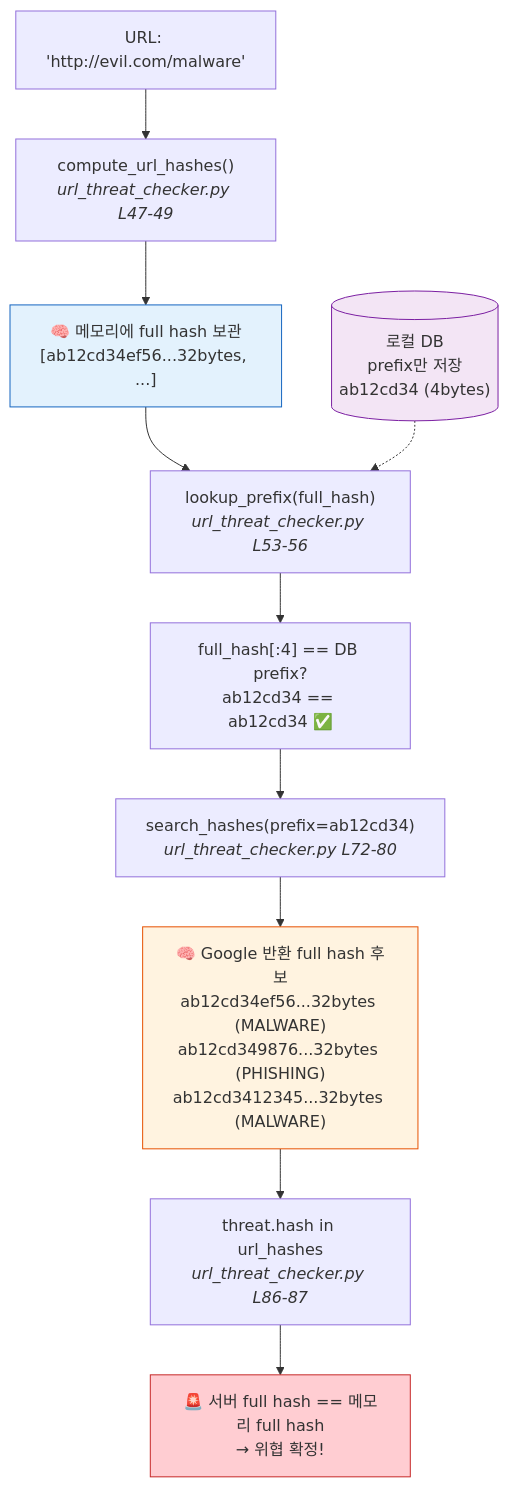
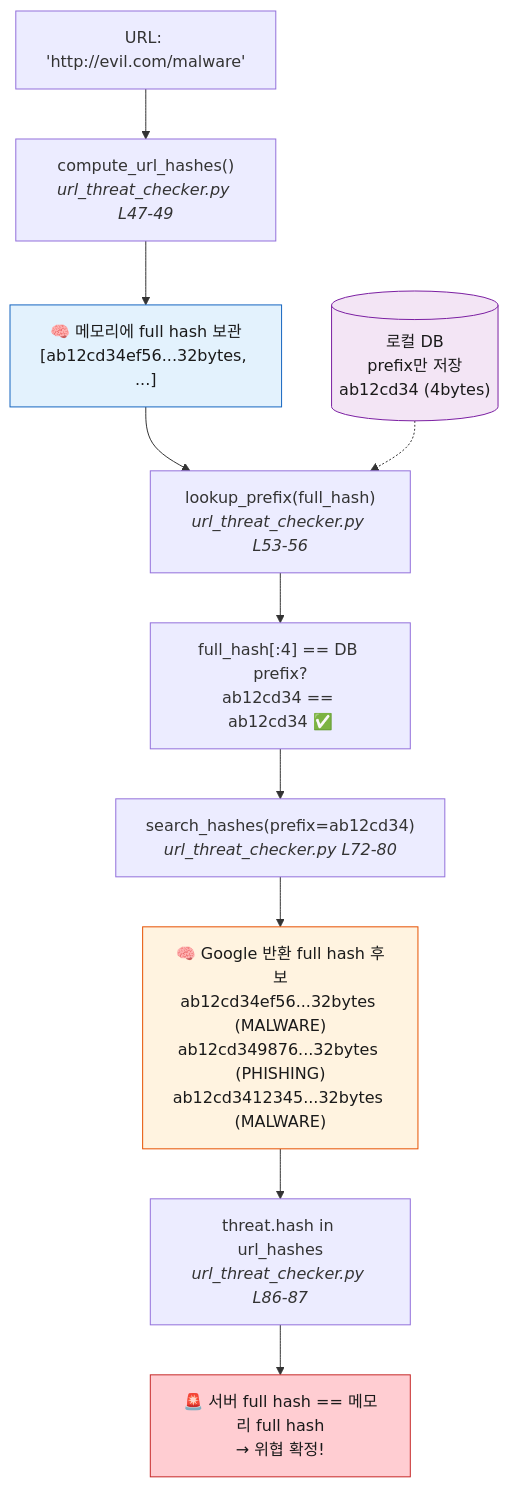
Before and after one commit to kataroya/web-risk-cli: the fourth of 9 diagrams in WORKFLOW_GUIDE.md, drawn with Mermaid. The commit also changed other lines of this file, not shown here.

````diff
--- a/WORKFLOW_GUIDE.md
+++ b/WORKFLOW_GUIDE.md
@@ -352,19 +379,19 @@
 ```mermaid
 flowchart TD
     URL["URL: 'http://evil.com/malware'"] --> CALC["compute_url_hashes()<br/><i>url_threat_checker.py L47-49</i>"]
     CALC --> MEM_FULL["🧠 메모리에 full hash 보관<br/>[ab12cd34ef56...32bytes, ...]"]
     MEM_FULL --> LOCAL["lookup_prefix(full_hash)<br/><i>url_threat_checker.py L53-56</i>"]
     LOCAL --> CMP1["full_hash[:4] == DB prefix?<br/>ab12cd34 == ab12cd34 ✅"]
     CMP1 --> API["search_hashes(prefix=ab12cd34)<br/><i>url_threat_checker.py L72-80</i>"]
     API --> SERVER["🧠 Google 반환 full hash 후보<br/>ab12cd34ef56...32bytes (MALWARE)<br/>ab12cd349876...32bytes (PHISHING)<br/>ab12cd3412345...32bytes (MALWARE)"]
     SERVER --> CMP2["threat.hash in url_hashes<br/><i>url_threat_checker.py L86-87</i>"]
     CMP2 --> RESULT["🚨 서버 full hash == 메모리 full hash<br/>→ 위협 확정!"]
 
     DB[("로컬 DB<br/>prefix만 저장<br/>ab12cd34 (4bytes)")]
     DB -.-> LOCAL
 
-    style MEM_FULL fill:#e3f2fd,stroke:#1565c0
-    style SERVER fill:#fff3e0,stroke:#e65100
-    style RESULT fill:#ffcdd2,stroke:#c62828
-    style DB fill:#f3e5f5,stroke:#7b1fa2
+    style MEM_FULL fill:#e3f2fd,stroke:#1565c0,color:#1a1a1a
+    style SERVER fill:#fff3e0,stroke:#e65100,color:#1a1a1a
+    style RESULT fill:#ffcdd2,stroke:#c62828,color:#1a1a1a
+    style DB fill:#f3e5f5,stroke:#7b1fa2,color:#1a1a1a
 ```
````
